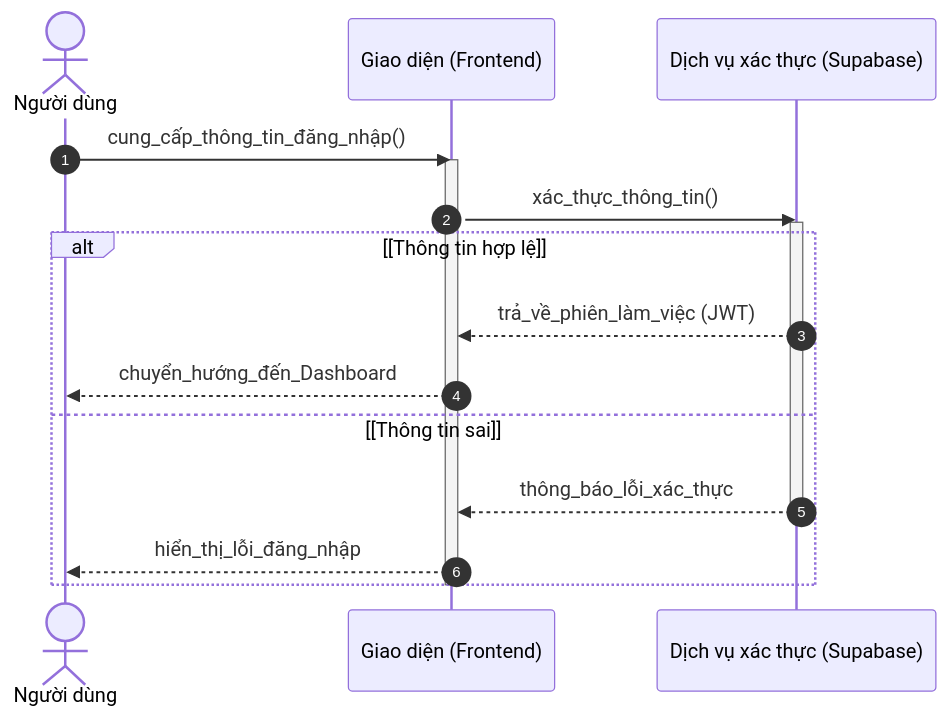
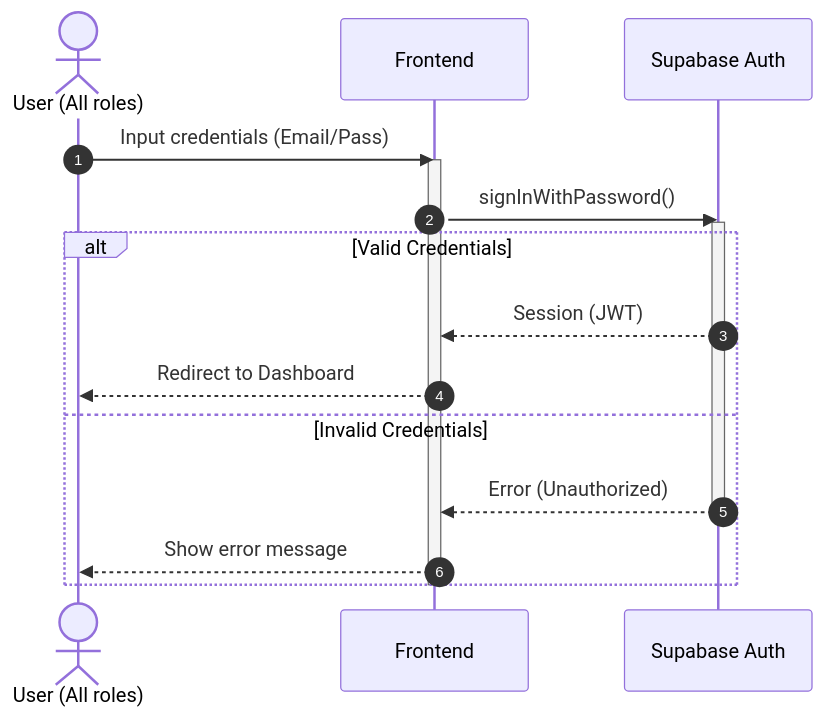
One commit to ngoctinn/Synapse changed the second of 5 diagrams in docs/design/sequences_simplified/authentication.md. Above: the diagram before and after it, drawn with Mermaid. The commit also changed other lines of this file and 4 other files, not shown here.

Commit message:
feat: add simplified sequence diagrams for authentication and core user flows.

````diff
--- a/docs/design/sequences_simplified/authentication.md
+++ b/docs/design/sequences_simplified/authentication.md
@@ -44,22 +42,22 @@
 ```mermaid
 sequenceDiagram
     autonumber
-    actor ND as Người dùng
-    participant FE as Giao diện (Frontend)
-    participant SUPA as Dịch vụ xác thực (Supabase)
+    actor User as User (All roles)
+    participant FE as Frontend
+    participant Auth as Supabase Auth
 
-    ND->>FE: cung_cấp_thông_tin_đăng_nhập()
+    User->>FE: Input credentials (Email/Pass)
     activate FE
-    FE->>SUPA: xác_thực_thông_tin()
-    activate SUPA
+    FE->>Auth: signInWithPassword()
+    activate Auth
 
-    alt [Thông tin hợp lệ]
-        SUPA-->>FE: trả_về_phiên_làm_việc (JWT)
-        FE-->>ND: chuyển_hướng_đến_Dashboard
-    else [Thông tin sai]
-        SUPA-->>FE: thông_báo_lỗi_xác_thực
-        deactivate SUPA
-        FE-->>ND: hiển_thị_lỗi_đăng_nhập
+    alt Valid Credentials
+        Auth-->>FE: Session (JWT)
+        FE-->>User: Redirect to Dashboard
+    else Invalid Credentials
+        Auth-->>FE: Error (Unauthorized)
+        deactivate Auth
+        FE-->>User: Show error message
     end
     deactivate FE
 ```
````
